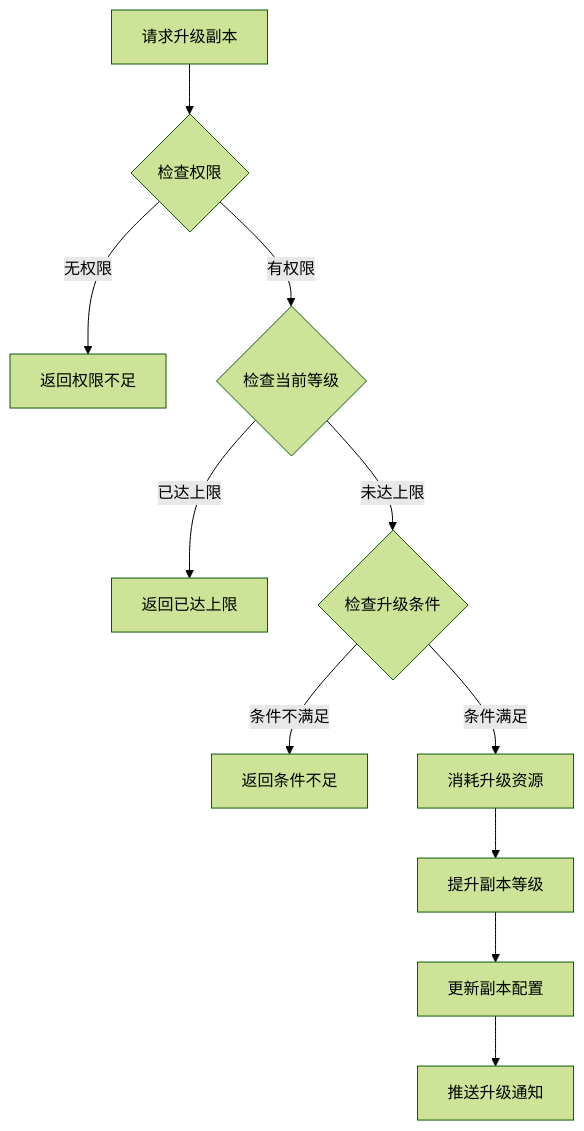
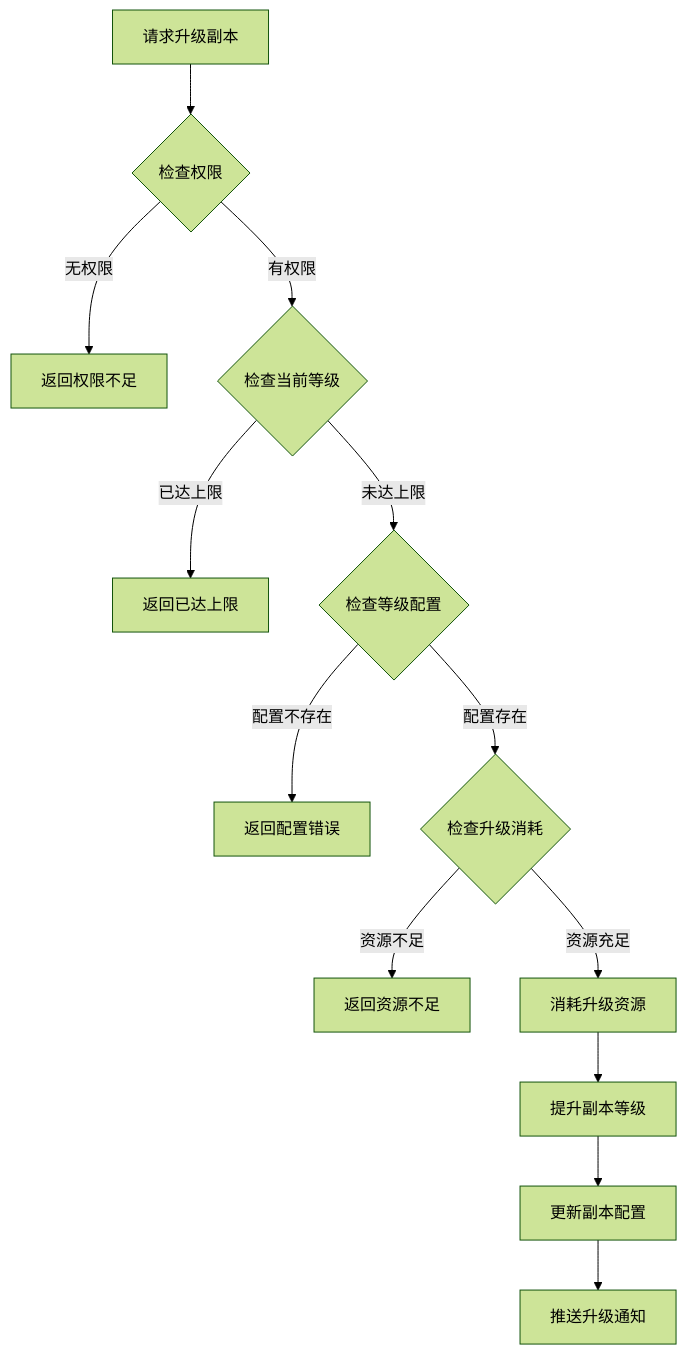
One commit to Alan-Ben/k2c_game_framework changed the fifth of 8 diagrams in docs/Module_GuildDungeon/05_完整说明.md. Above: the diagram before and after it, drawn with Mermaid (forest theme). The commit also changed other lines of this file and 1 other file, not shown here.

Commit message:
docs: 深度完善 GuildDungeon 模块文档（完整字段、流程图、代码示例）

````diff
--- a/docs/Module_GuildDungeon/05_完整说明.md
+++ b/docs/Module_GuildDungeon/05_完整说明.md
@@ -181,13 +239,15 @@
 ```mermaid
 flowchart TD
     A[请求升级副本] --> B{检查权限}
     B -->|无权限| C[返回权限不足]
     B -->|有权限| D{检查当前等级}
     D -->|已达上限| E[返回已达上限]
-    D -->|未达上限| F{检查升级条件}
-    F -->|条件不满足| G[返回条件不足]
-    F -->|条件满足| H[消耗升级资源]
-    H --> I[提升副本等级]
-    I --> J[更新副本配置]
-    J --> K[推送升级通知]
+    D -->|未达上限| F{检查等级配置}
+    F -->|配置不存在| G[返回配置错误]
+    F -->|配置存在| H{检查升级消耗}
+    H -->|资源不足| I[返回资源不足]
+    H -->|资源充足| J[消耗升级资源]
+    J --> K[提升副本等级]
+    K --> L[更新副本配置]
+    L --> M[推送升级通知]
 ```
````
